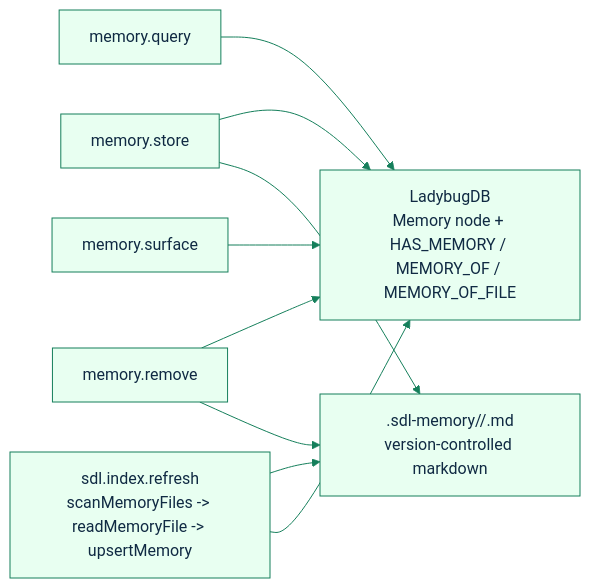
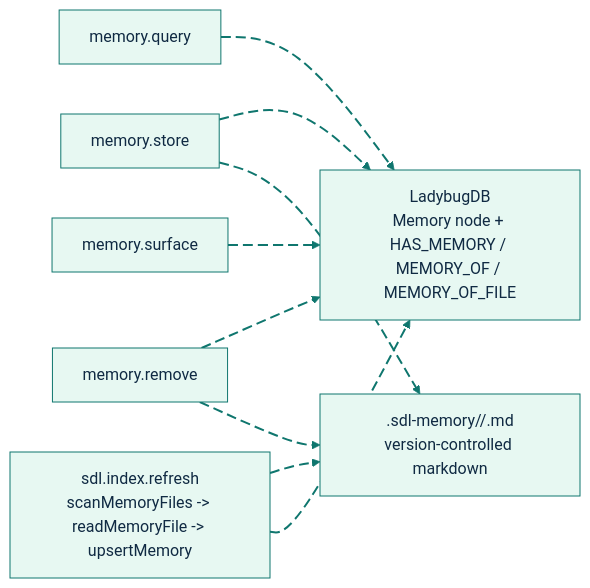
One commit to GlitterKill/sdl-mcp changed the first of 3 diagrams in docs/feature-deep-dives/development-memories.md. Above: the diagram before and after it, drawn with Mermaid. The commit also changed other lines of this file and 33 other files, not shown here.

First line of the commit message:
docs: update mermaid diagram themes and styling across documentation

````diff
--- a/docs/feature-deep-dives/development-memories.md
+++ b/docs/feature-deep-dives/development-memories.md
@@ -25,20 +25,29 @@
 ```mermaid
-%%{init: {"theme":"base","themeVariables":{"primaryColor":"#e8fff1","primaryBorderColor":"#157f5b","primaryTextColor":"#102a43","secondaryColor":"#eef6ff","secondaryBorderColor":"#2563eb","tertiaryColor":"#fff4d6","tertiaryBorderColor":"#b45309","lineColor":"#157f5b","fontFamily":"Trebuchet MS, Arial"},"flowchart":{"curve":"basis"}}}%%
+%%{init: {"theme":"base","themeVariables":{"background":"#ffffff","primaryColor":"#E7F8F2","primaryBorderColor":"#0F766E","primaryTextColor":"#102A43","secondaryColor":"#E8F1FF","secondaryBorderColor":"#2563EB","secondaryTextColor":"#102A43","tertiaryColor":"#FFF4D6","tertiaryBorderColor":"#B45309","tertiaryTextColor":"#102A43","lineColor":"#0F766E","textColor":"#102A43","fontFamily":"Inter, ui-sans-serif, system-ui, -apple-system, BlinkMacSystemFont, Segoe UI, sans-serif"},"flowchart":{"curve":"basis","htmlLabels":true}}}%%
 flowchart LR
     Store["memory.store"]
     Query["memory.query"]
     Remove["memory.remove"]
     Surface["memory.surface"]
     Graph["LadybugDB<br/>Memory node + HAS_MEMORY / MEMORY_OF / MEMORY_OF_FILE"]
     Files[".sdl-memory/<type>/<id>.md<br/>version-controlled markdown"]
     Refresh["sdl.index.refresh<br/>scanMemoryFiles -> readMemoryFile -> upsertMemory"]
 
-    Store --> Graph
-    Store --> Files
-    Query --> Graph
-    Remove --> Graph
-    Remove --> Files
-    Surface --> Graph
-    Refresh --> Files
-    Refresh --> Graph
+    Store e1@--> Graph
+    Store e2@--> Files
+    Query e3@--> Graph
+    Remove e4@--> Graph
+    Remove e5@--> Files
+    Surface e6@--> Graph
+    Refresh e7@--> Files
+    Refresh e8@--> Graph
+
+    classDef source fill:#E7F8F2,stroke:#0F766E,stroke-width:2px,color:#102A43;
+    classDef process fill:#E8F1FF,stroke:#2563EB,stroke-width:2px,color:#102A43;
+    classDef decision fill:#FFF4D6,stroke:#B45309,stroke-width:2px,color:#102A43;
+    classDef storage fill:#F2E8FF,stroke:#7C3AED,stroke-width:2px,color:#102A43;
+    classDef output fill:#FFE8EF,stroke:#BE123C,stroke-width:2px,color:#102A43;
+    classDef muted fill:#F8FAFC,stroke:#64748B,stroke-width:1px,color:#102A43;
+    classDef animate stroke:#0F766E,stroke-width:2px,stroke-dasharray:10\,5,stroke-dashoffset:900,animation:dash 22s linear infinite;
+    class e1,e2,e3,e4,e5,e6,e7,e8 animate;
 ```
````
